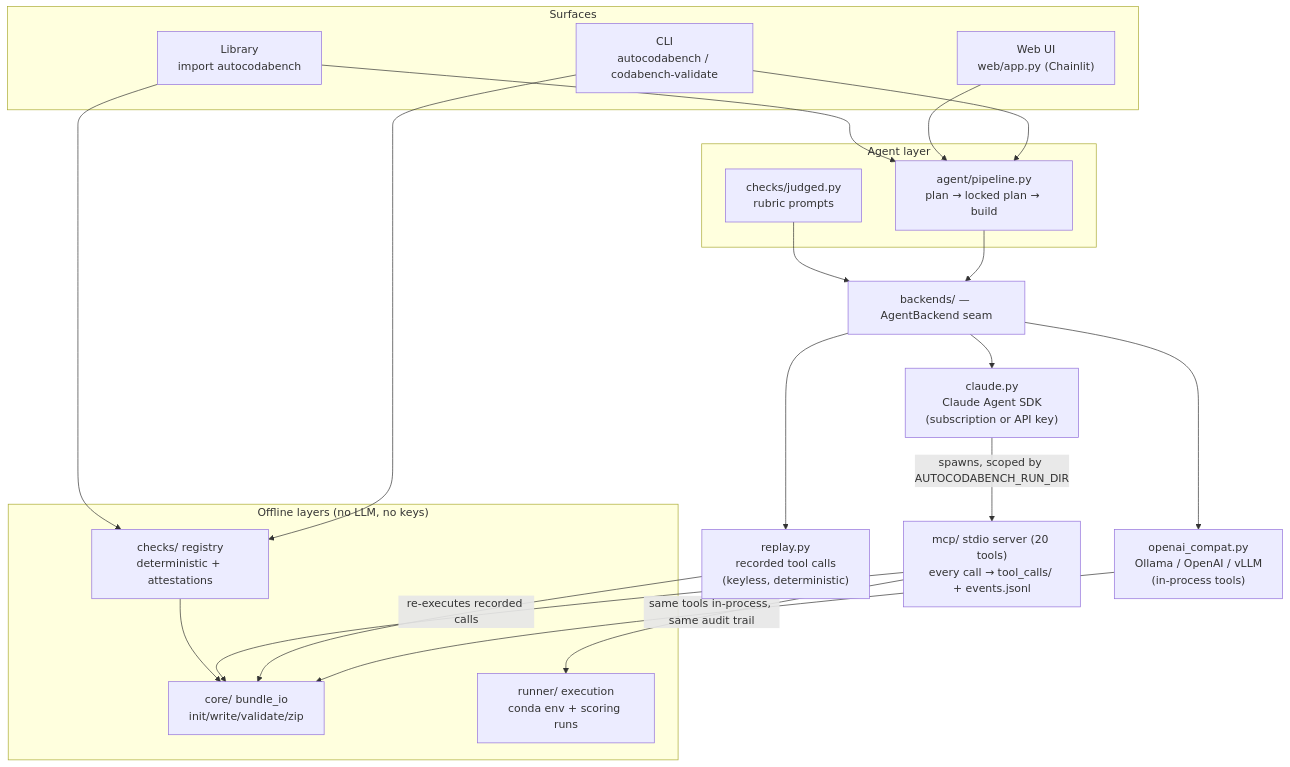
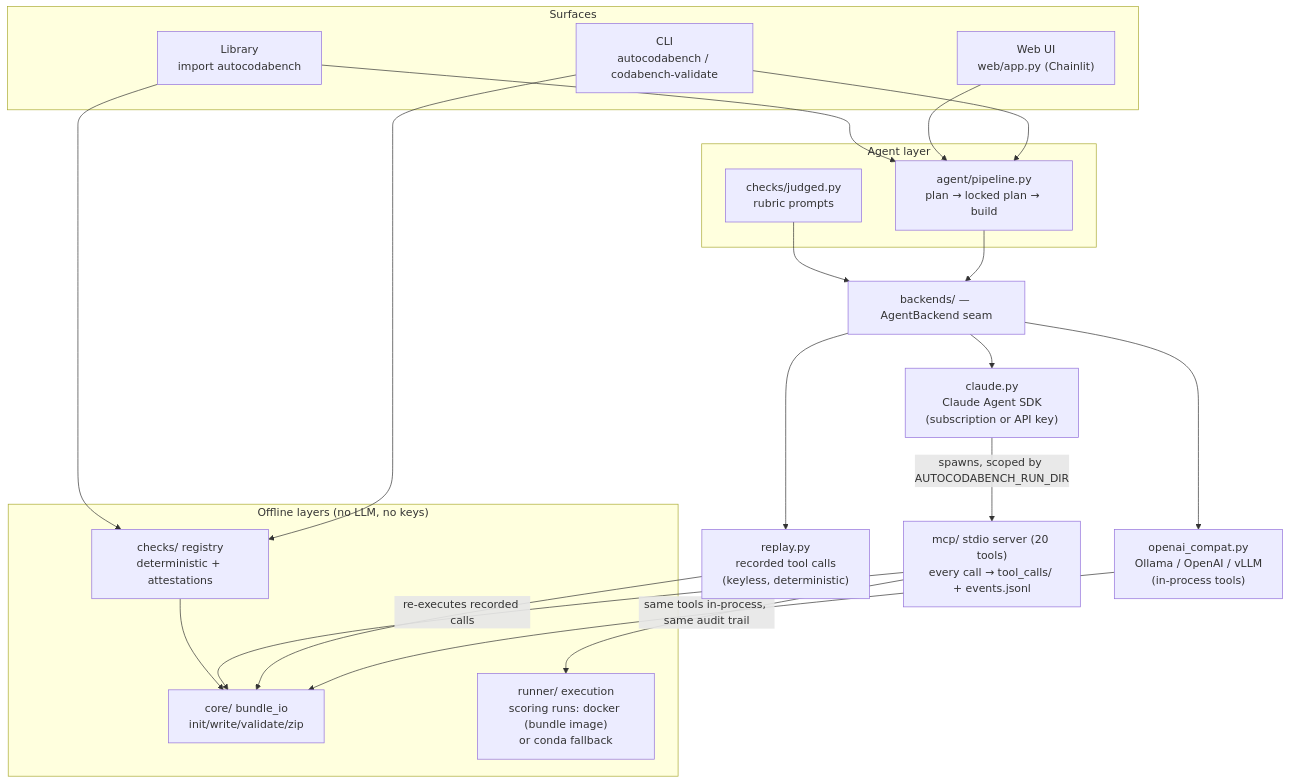
Before and after one commit to ihsaan-ullah/auto-codabench: the diagram in docs/architecture.md, drawn with Mermaid. The commit also changed other lines of this file and 14 other files, not shown here.

````diff
--- a/docs/architecture.md
+++ b/docs/architecture.md
@@ -120,38 +130,38 @@
 ```mermaid
 flowchart TB
   subgraph surfaces["Surfaces"]
     cli["CLI<br/>autocodabench / codabench-validate"]
     web["Web UI<br/>web/app.py (Chainlit)"]
     lib["Library<br/>import autocodabench"]
   end
 
   subgraph agentic["Agent layer"]
     pipeline["agent/pipeline.py<br/>plan → locked plan → build"]
     judged["checks/judged.py<br/>rubric prompts"]
   end
 
   seam["backends/ — AgentBackend seam"]
   claude["claude.py<br/>Claude Agent SDK<br/>(subscription or API key)"]
   oai["openai_compat.py<br/>Ollama / OpenAI / vLLM<br/>(in-process tools)"]
   replay["replay.py<br/>recorded tool calls<br/>(keyless, deterministic)"]
 
   subgraph offline["Offline layers (no LLM, no keys)"]
     checks["checks/ registry<br/>deterministic + attestations"]
     core["core/ bundle_io<br/>init/write/validate/zip"]
-    runner["runner/ execution<br/>conda env + scoring runs"]
+    runner["runner/ execution<br/>scoring runs: docker (bundle image)<br/>or conda fallback"]
   end
 
   mcp["mcp/ stdio server (20 tools)<br/>every call → tool_calls/ + events.jsonl"]
 
   cli --> pipeline & checks
   web --> pipeline
   lib --> pipeline & checks
   pipeline --> seam
   judged --> seam
   seam --> claude & oai & replay
   claude -- "spawns, scoped by AUTOCODABENCH_RUN_DIR" --> mcp
   oai -- "same tools in-process, same audit trail" --> core
   replay -- "re-executes recorded calls" --> core
   mcp --> core & runner
   checks --> core
 ```
````
